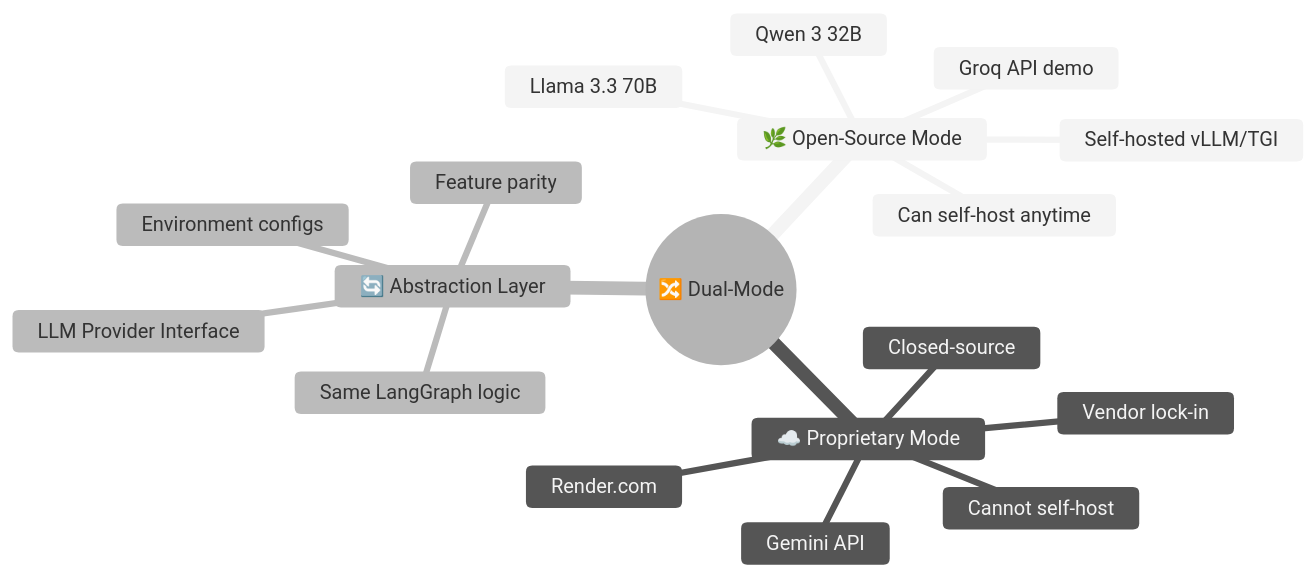
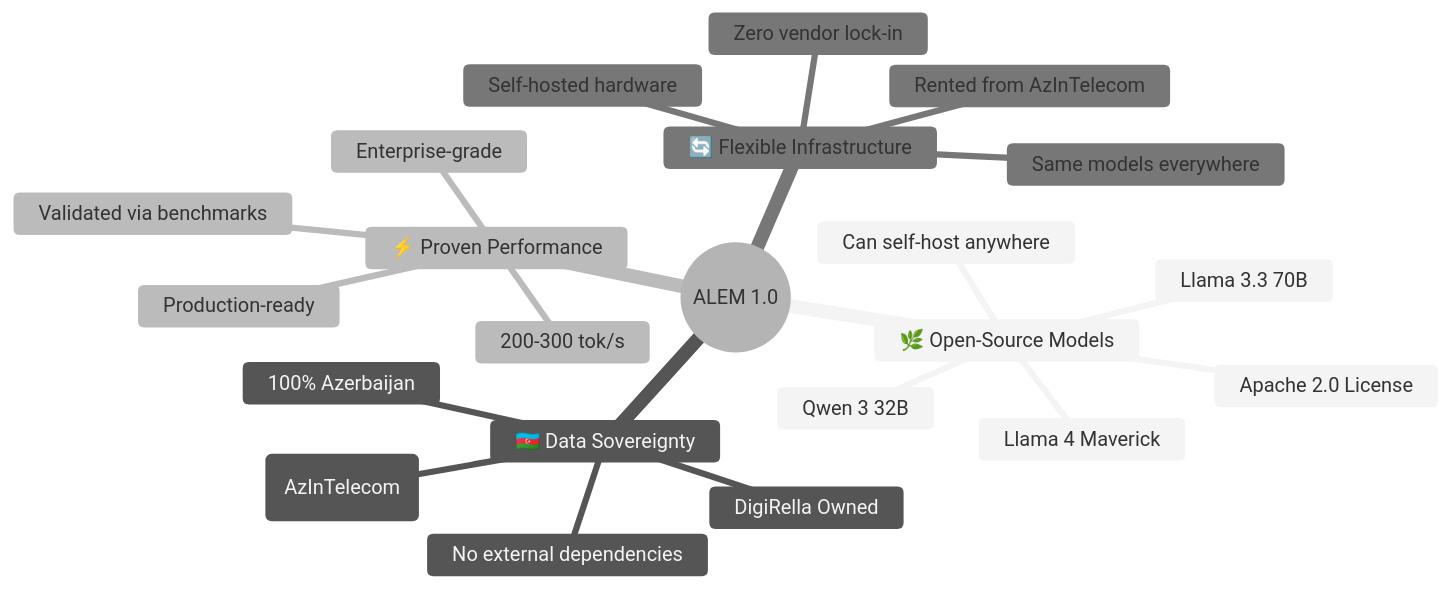
Before and after one commit to Px8Studio/yonja: the third of 7 diagrams in docs/zekalab/12-DUAL-MODE-DEPLOYMENT.md, drawn with Mermaid. The commit also changed other lines of this file and 3 other files, not shown here.

````diff
--- a/docs/zekalab/12-DUAL-MODE-DEPLOYMENT.md
+++ b/docs/zekalab/12-DUAL-MODE-DEPLOYMENT.md
@@ -54,22 +67,26 @@
 ```mermaid
 %%{init: {'theme': 'neutral'}}%%
 mindmap
-  root((🔀 Dual-Mode))
-    🌿 Open-Source Mode
-      Groq API demo
-      Self-hosted vLLM/TGI
+  root((ALEM 1.0))
+    🌿 Open-Source Models
+      Llama 4 Maverick
       Llama 3.3 70B
       Qwen 3 32B
-      Can self-host anytime
-    ☁️ Proprietary Mode
-      Render.com
-      Gemini API
-      Closed-source
-      Cannot self-host
-      Vendor lock-in
-    🔄 Abstraction Layer
-      LLM Provider Interface
-      Same LangGraph logic
-      Feature parity
-      Environment configs
+      Apache 2.0 License
+      Can self-host anywhere
+    🇦🇿 Data Sovereignty
+      DigiRella Owned
+      DigiRella Cloud (AzInTelecom)
+      100% Azerbaijan
+      No external dependencies
+    ⚡ Proven Performance
+      200-300 tok/s
+      Validated via benchmarks
+      Enterprise-grade
+      Production-ready
+    🔄 Flexible Infrastructure
+      Self-hosted hardware
+      Rented from AzInTelecom
+      Same models everywhere
+      Zero vendor lock-in
 ```
````
